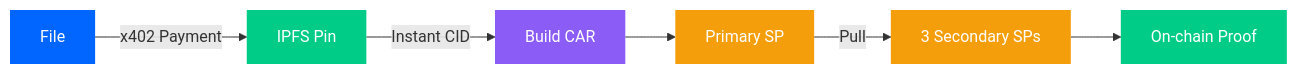
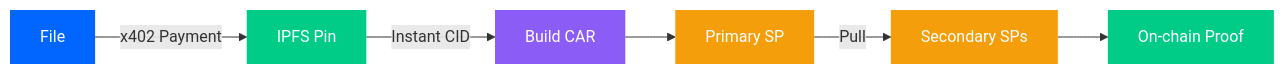
Before and after one commit to aikarap/w3stor: the second of 6 diagrams in README.md, drawn with Mermaid. The commit also changed other lines of this file, not shown here.

````diff
--- a/README.md
+++ b/README.md
@@ -49,15 +85,14 @@
 ```mermaid
 graph LR
     A[File] -->|x402 Payment| B[IPFS Pin]
     B -->|Instant CID| C[Build CAR]
     C --> D[Primary SP]
-    D -->|Pull| E[3 Secondary SPs]
+    D -->|Pull| E[Secondary SPs]
     E --> F[On-chain Proof]
-
     style A fill:#0066ff,stroke:none,color:#fff
     style B fill:#00cc88,stroke:none,color:#fff
     style C fill:#8b5cf6,stroke:none,color:#fff
     style D fill:#f59e0b,stroke:none,color:#fff
     style E fill:#f59e0b,stroke:none,color:#fff
     style F fill:#00cc88,stroke:none,color:#fff
 ```
````
